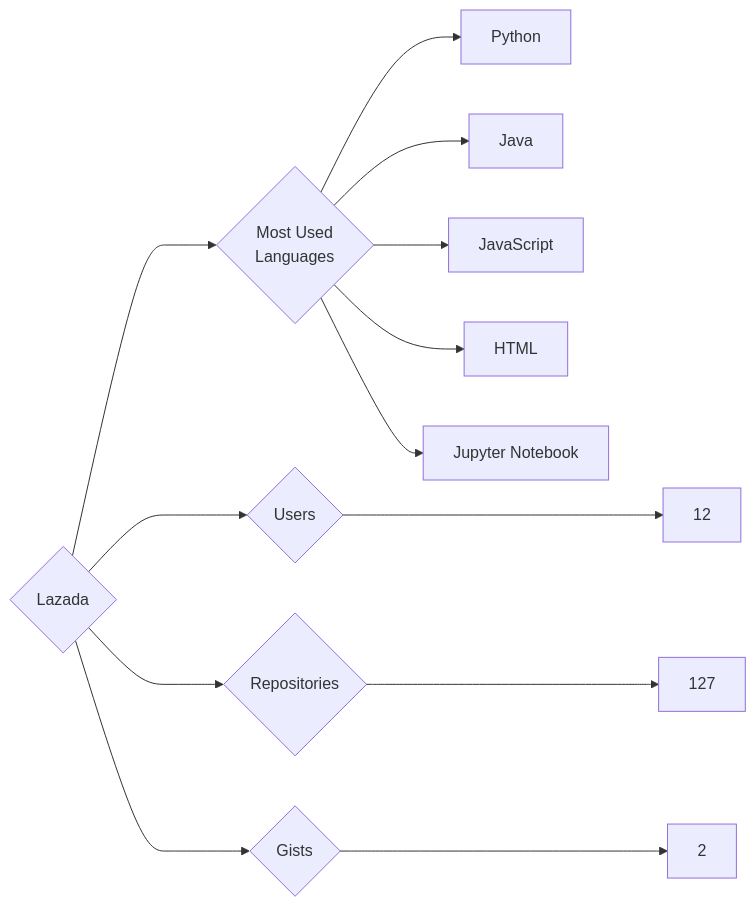
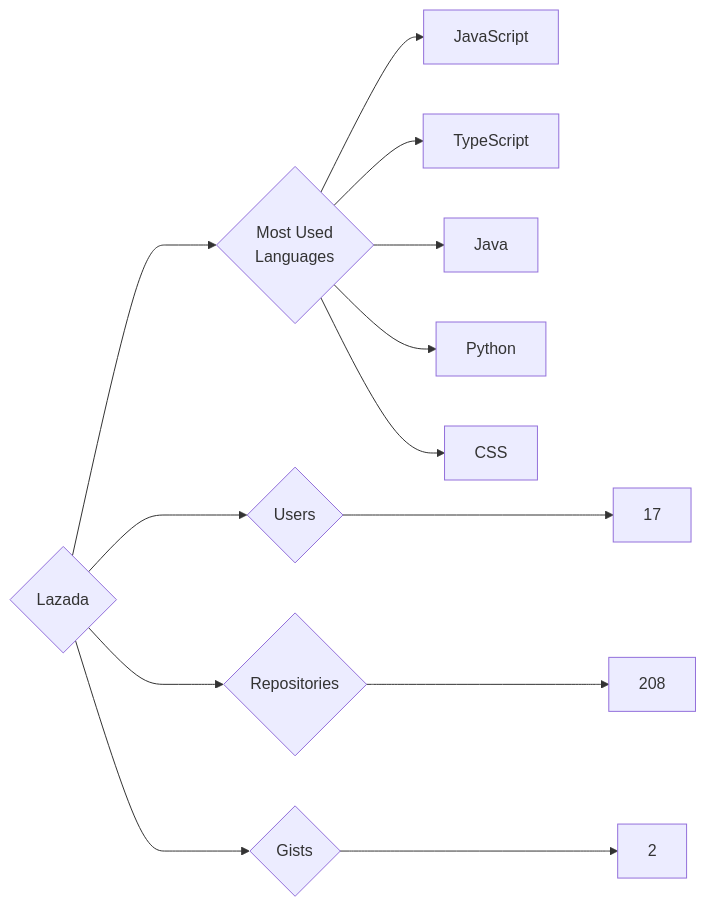
One commit to trickest/insiders changed the diagram in targets/Lazada/README.md. Above: the diagram before and after it, drawn with Mermaid. The commit also changed 639 other files, not shown here.

````diff
--- a/targets/Lazada/README.md
+++ b/targets/Lazada/README.md
@@ -3,13 +3,13 @@
 ```mermaid
 graph LR
 COMPANY_NAME{Lazada}
-COMPANY_NAME ---> U{Users} ---> UN[12]
-COMPANY_NAME ---> R{Repositories} ---> RN[127]
+COMPANY_NAME ---> U{Users} ---> UN[17]
+COMPANY_NAME ---> R{Repositories} ---> RN[208]
 COMPANY_NAME ---> G{Gists} ---> GN[2]
 COMPANY_NAME ---> ML{Most Used<br>Languages}
+ML --> JavaScript[JavaScript]
+ML --> TypeScript[TypeScript]
+ML --> Java[Java]
 ML --> Python[Python]
-ML --> Java[Java]
-ML --> JavaScript[JavaScript]
-ML --> HTML[HTML]
-ML --> Jupyter_Notebook[Jupyter Notebook]
+ML --> CSS[CSS]
 ```
````
